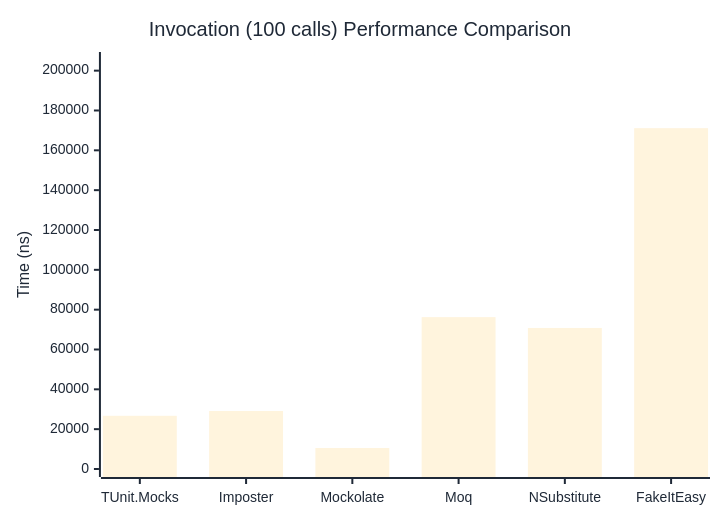
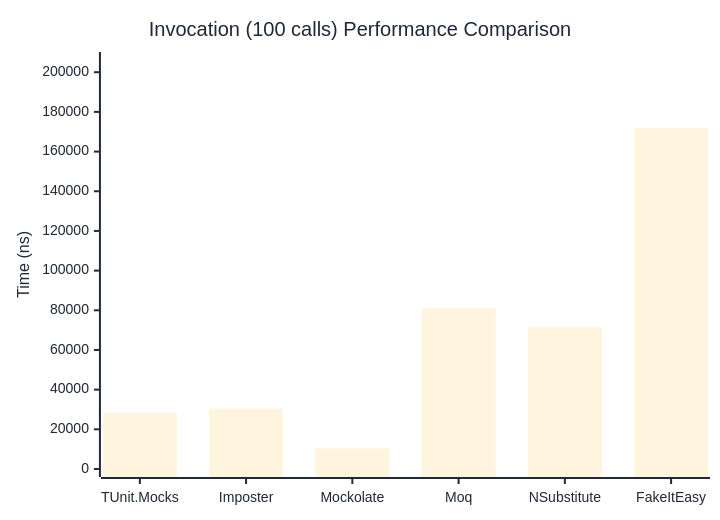
The third of 3 diagrams in docs/docs/benchmarks/mocks/Invocation.md (thomhurst/TUnit), drawn with Mermaid before and after one commit. The commit also changed other lines of this file and 14 other files, not shown here.

````diff
--- a/docs/docs/benchmarks/mocks/Invocation.md
+++ b/docs/docs/benchmarks/mocks/Invocation.md
@@ -112,27 +112,27 @@
 ```mermaid
 %%{init: {
   'theme':'base',
   'themeVariables': {
     'primaryColor': '#2563eb',
     'primaryTextColor': '#1f2937',
     'primaryBorderColor': '#1e40af',
     'lineColor': '#6b7280',
     'secondaryColor': '#7c3aed',
     'tertiaryColor': '#dc2626',
     'background': '#ffffff',
     'pie1': '#2563eb',
     'pie2': '#7c3aed',
     'pie3': '#dc2626',
     'pie4': '#f59e0b',
     'pie5': '#10b981',
     'pie6': '#06b6d4',
     'pie7': '#ec4899',
     'pie8': '#6366f1'
   }
 }}%%
 xychart-beta
   title "Invocation (100 calls) Performance Comparison"
   x-axis ["TUnit.Mocks", "Imposter", "Mockolate", "Moq", "NSubstitute", "FakeItEasy"]
-  y-axis "Time (ns)" 0 --> 205348
-  bar [26709.7, 29107.61, 10542.2, 76246.07, 70813.61, 171122.68]
+  y-axis "Time (ns)" 0 --> 206158
+  bar [28191.63, 30344.16, 10439.8, 80994.18, 71527.35, 171798.14]
 ```
````
